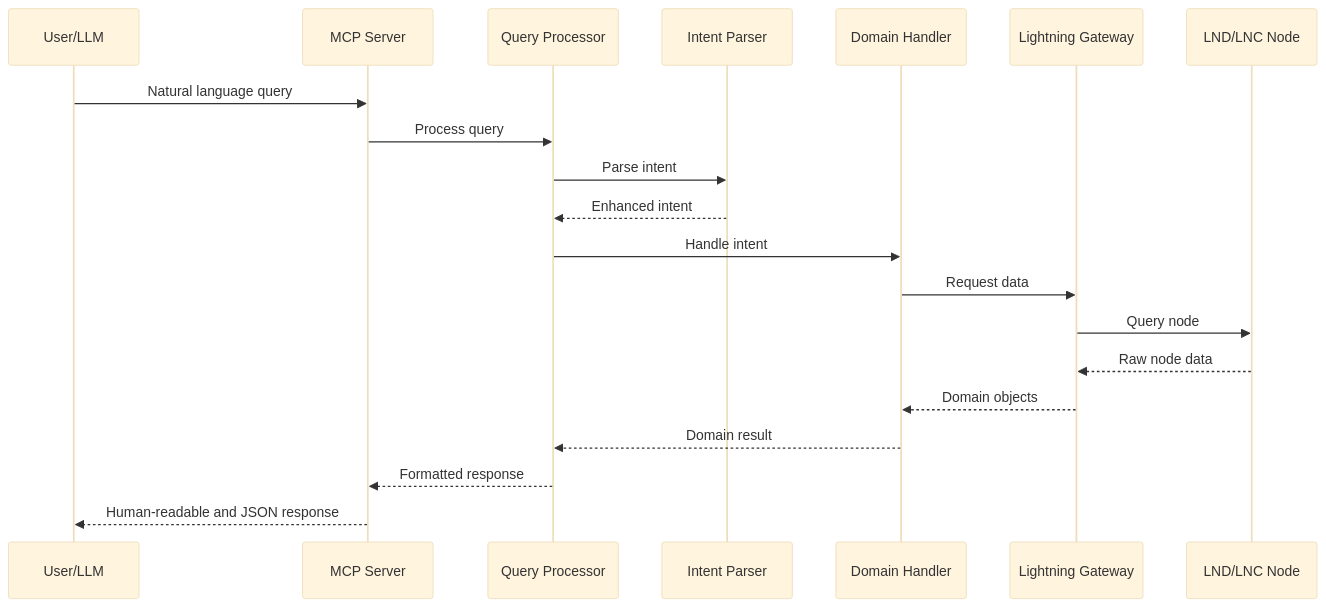
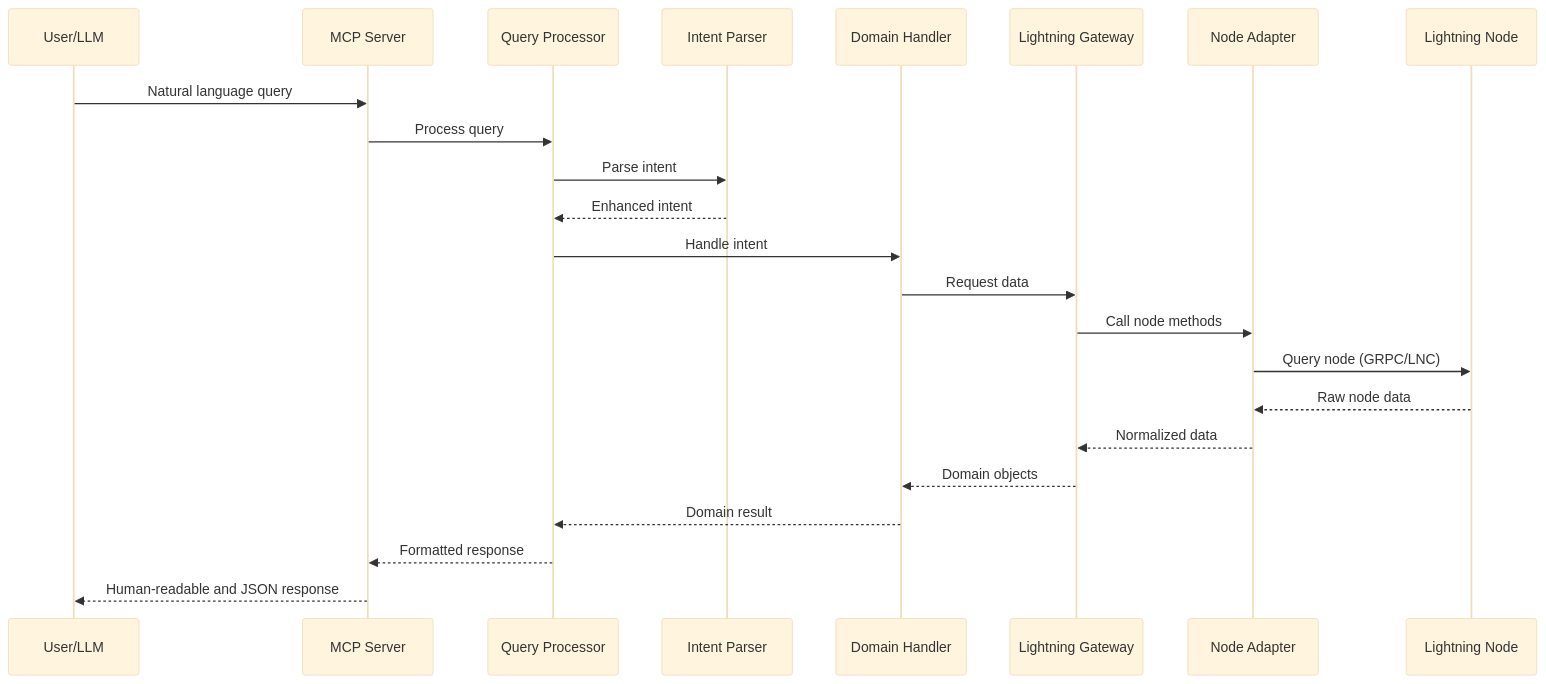
Before and after one commit to pblittle/lightning-mcp-server: the diagram in ARCHITECTURE.md, drawn with Mermaid (base theme). The commit also changed other lines of this file, not shown here.

First line of the commit message:
docs: update architecture documentation for connection system

````diff
--- a/ARCHITECTURE.md
+++ b/ARCHITECTURE.md
@@ -138,23 +163,26 @@
 ```mermaid
 sequenceDiagram
     participant User as User/LLM
     participant MCP as MCP Server
     participant Processor as Query Processor
     participant Parser as Intent Parser
     participant Handler as Domain Handler
     participant Gateway as Lightning Gateway
-    participant Node as LND/LNC Node
+    participant Adapter as Node Adapter
+    participant Node as Lightning Node
 
     User->>MCP: Natural language query
     MCP->>Processor: Process query
     Processor->>Parser: Parse intent
     Parser-->>Processor: Enhanced intent
     Processor->>Handler: Handle intent
     Handler->>Gateway: Request data
-    Gateway->>Node: Query node
-    Node-->>Gateway: Raw node data
+    Gateway->>Adapter: Call node methods
+    Adapter->>Node: Query node (GRPC/LNC)
+    Node-->>Adapter: Raw node data
+    Adapter-->>Gateway: Normalized data
     Gateway-->>Handler: Domain objects
     Handler-->>Processor: Domain result
     Processor-->>MCP: Formatted response
     MCP-->>User: Human-readable and JSON response
 ```
````
